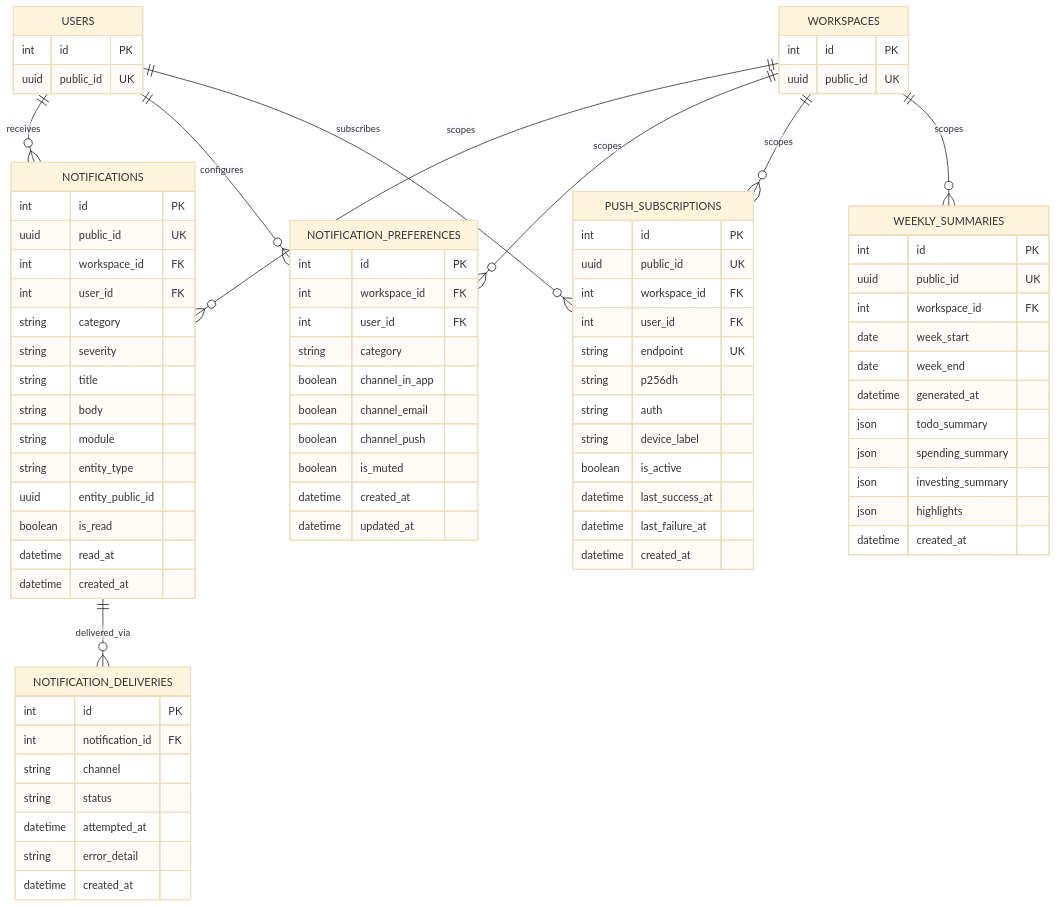
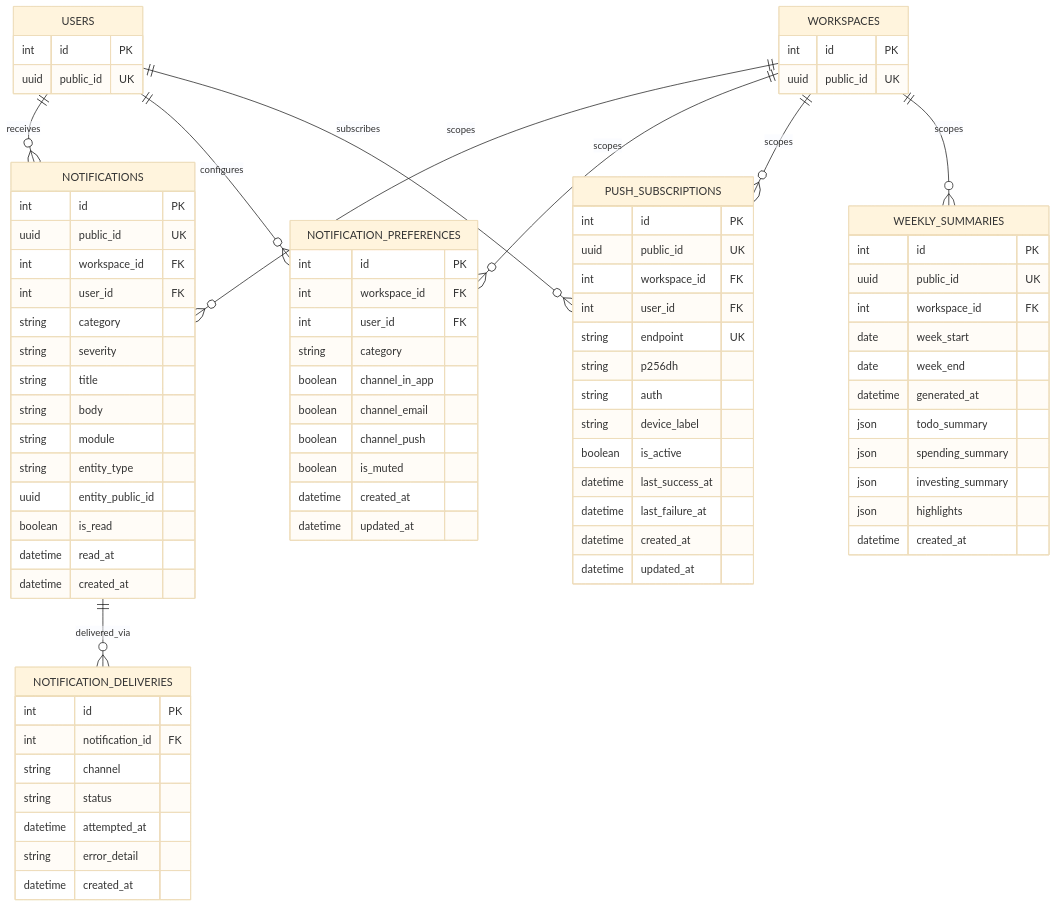
The seventh of 8 diagrams in docs/ERD.md (sajankp/lifestack-api), drawn with Mermaid (base theme) before and after one commit.

Commit message:
docs: add missing updated_at field to PUSH_SUBSCRIPTIONS ERD table

```diff
--- a/docs/ERD.md
+++ b/docs/ERD.md
@@ -652,6 +652,7 @@
         datetime last_success_at
         datetime last_failure_at
         datetime created_at
+        datetime updated_at
     }
 
     WEEKLY_SUMMARIES {
```
